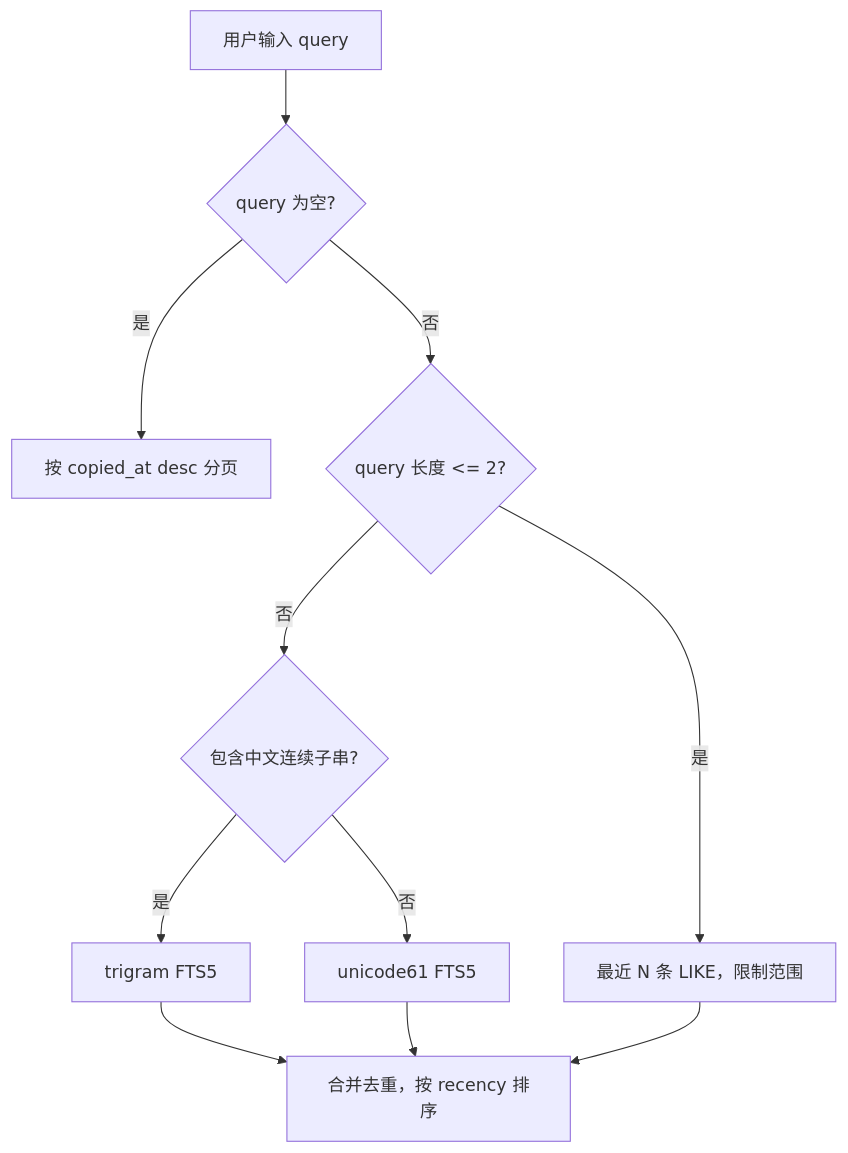
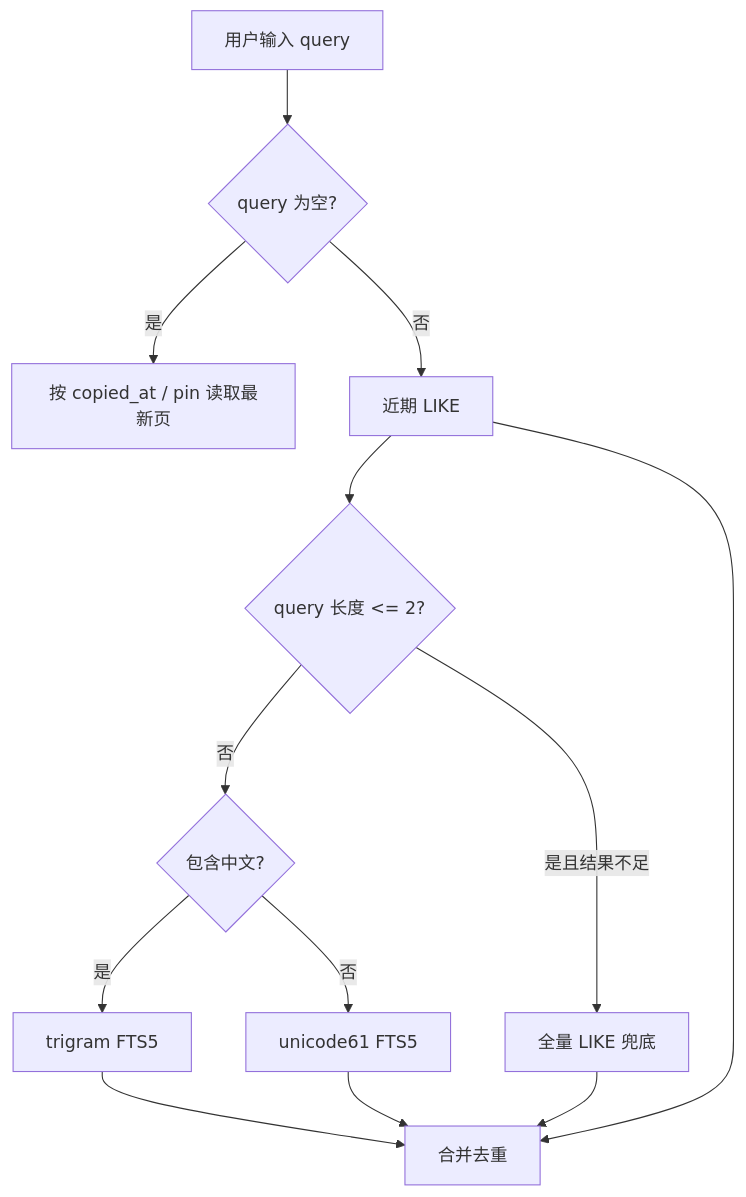
One commit to chyax98/MaccyLite changed the second of 2 diagrams in docs/target-architecture.md. Above: the diagram before and after it, drawn with Mermaid. The commit also changed other lines of this file and 12 other files, not shown here.

````diff
--- a/docs/target-architecture.md
+++ b/docs/target-architecture.md
@@ -140,13 +157,15 @@
 ```mermaid
 flowchart TD
   Q["用户输入 query"] --> A{"query 为空?"}
-  A -->|是| B["按 copied_at desc 分页"]
-  A -->|否| C{"query 长度 <= 2?"}
-  C -->|是| D["最近 N 条 LIKE，限制范围"]
-  C -->|否| E{"包含中文连续子串?"}
-  E -->|是| F["trigram FTS5"]
-  E -->|否| G["unicode61 FTS5"]
-  F --> H["合并去重，按 recency 排序"]
-  G --> H
-  D --> H
+  A -->|是| B["按 copied_at / pin 读取最新页"]
+  A -->|否| C["近期 LIKE"]
+  C --> D{"query 长度 <= 2?"}
+  D -->|是且结果不足| E["全量 LIKE 兜底"]
+  D -->|否| F{"包含中文?"}
+  F -->|是| G["trigram FTS5"]
+  F -->|否| H["unicode61 FTS5"]
+  G --> I["合并去重"]
+  H --> I
+  E --> I
+  C --> I
 ```
````
